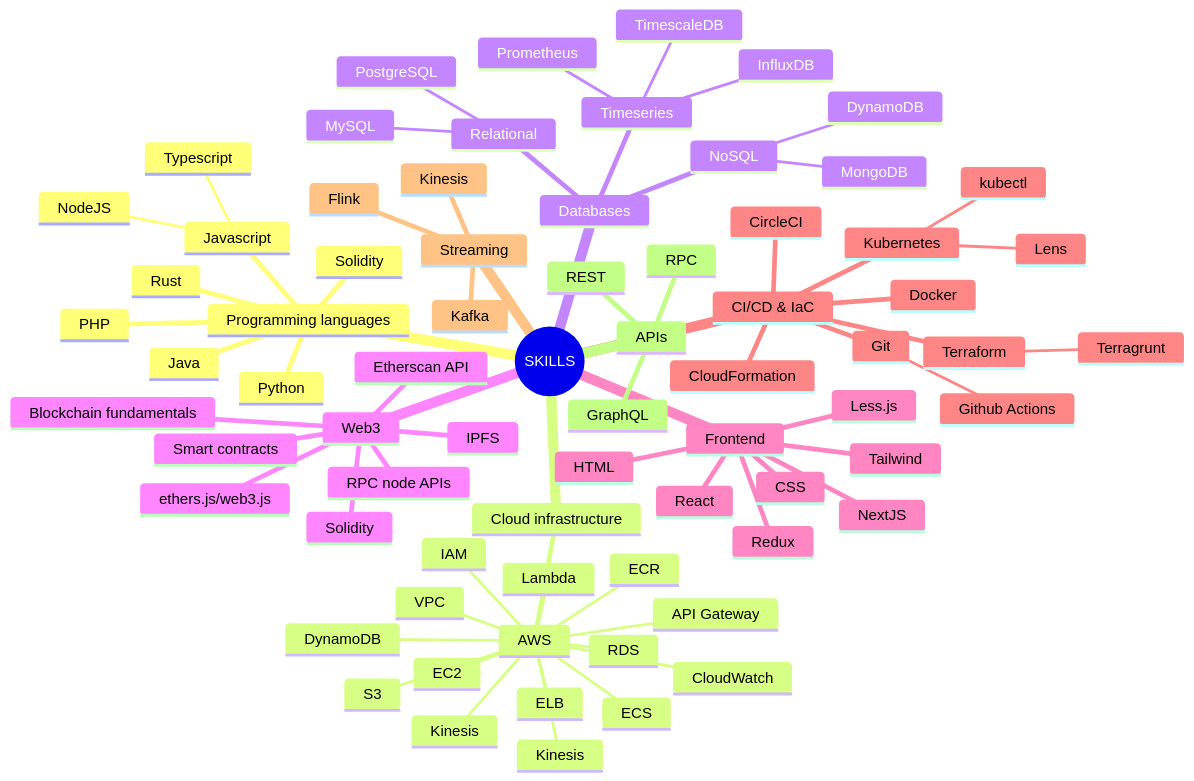
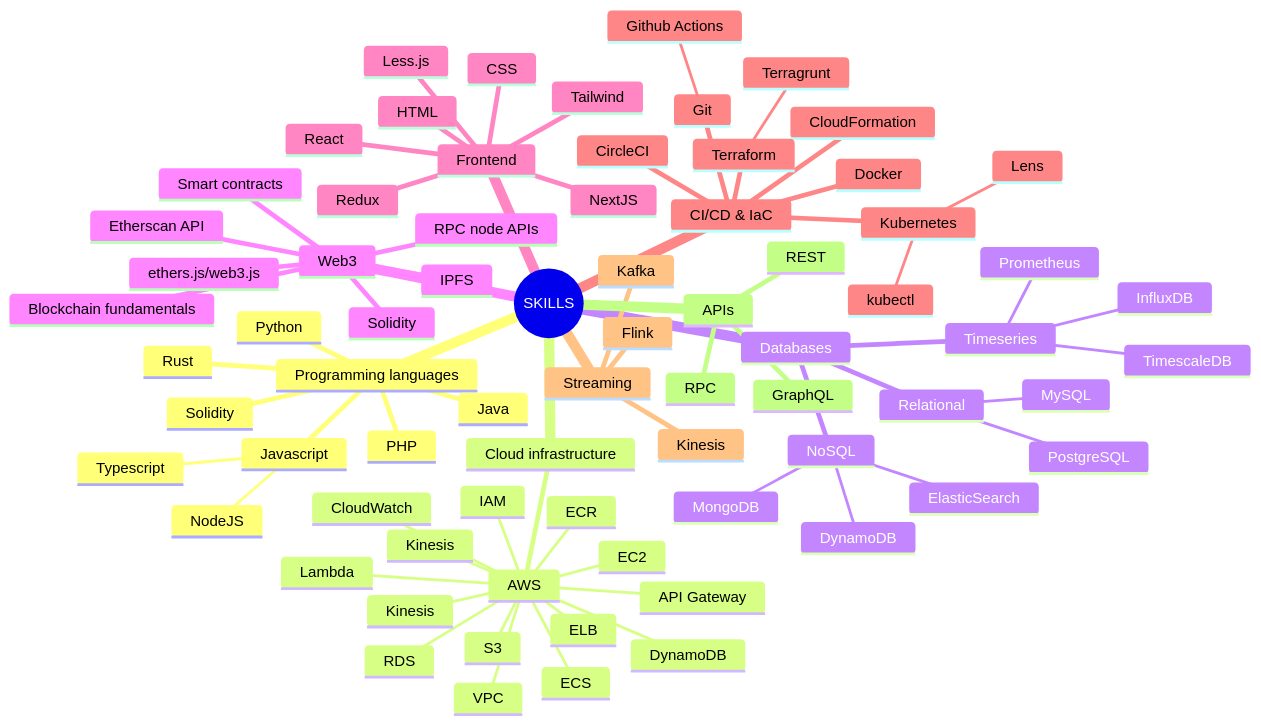
The diagram in _tabs/about.md (iuwqyir/iuwqyir.github.io), drawn with Mermaid before and after one commit. The commit also changed other lines of this file, not shown here.

Commit message:
feat: make some changes to about page

````diff
--- a/_tabs/about.md
+++ b/_tabs/about.md
@@ -188,75 +189,76 @@
 ```mermaid
 mindmap
   root((SKILLS))
     Programming languages
       Javascript
         Typescript
         NodeJS
       Python
       Solidity
       Java
       PHP
       Rust
     Cloud infrastructure
       AWS
         Lambda
         DynamoDB
         CloudWatch
         Kinesis
         API Gateway
         S3
         IAM
         EC2
         ECS
         ECR
         RDS
         Kinesis
         ELB
         VPC
     Databases
       NoSQL
         DynamoDB
         MongoDB
+        ElasticSearch
       Relational
         PostgreSQL
         MySQL
       Timeseries
         TimescaleDB
         InfluxDB
         Prometheus
     Web3
       Smart contracts
       Blockchain fundamentals
       Solidity
       ethers.js/web3.js
       RPC node APIs
       Etherscan API
       IPFS
     Frontend
       HTML
       CSS
       React
       NextJS
       Redux
       Less.js
       Tailwind
     CI/CD & IaC
       CircleCI
       CloudFormation
       Docker
       Kubernetes
         kubectl
         Lens
       Git
         Github Actions
       Terraform
         Terragrunt
     Streaming
       Kinesis
       Kafka
       Flink
     APIs
       REST
       GraphQL
       RPC
 ```
````
